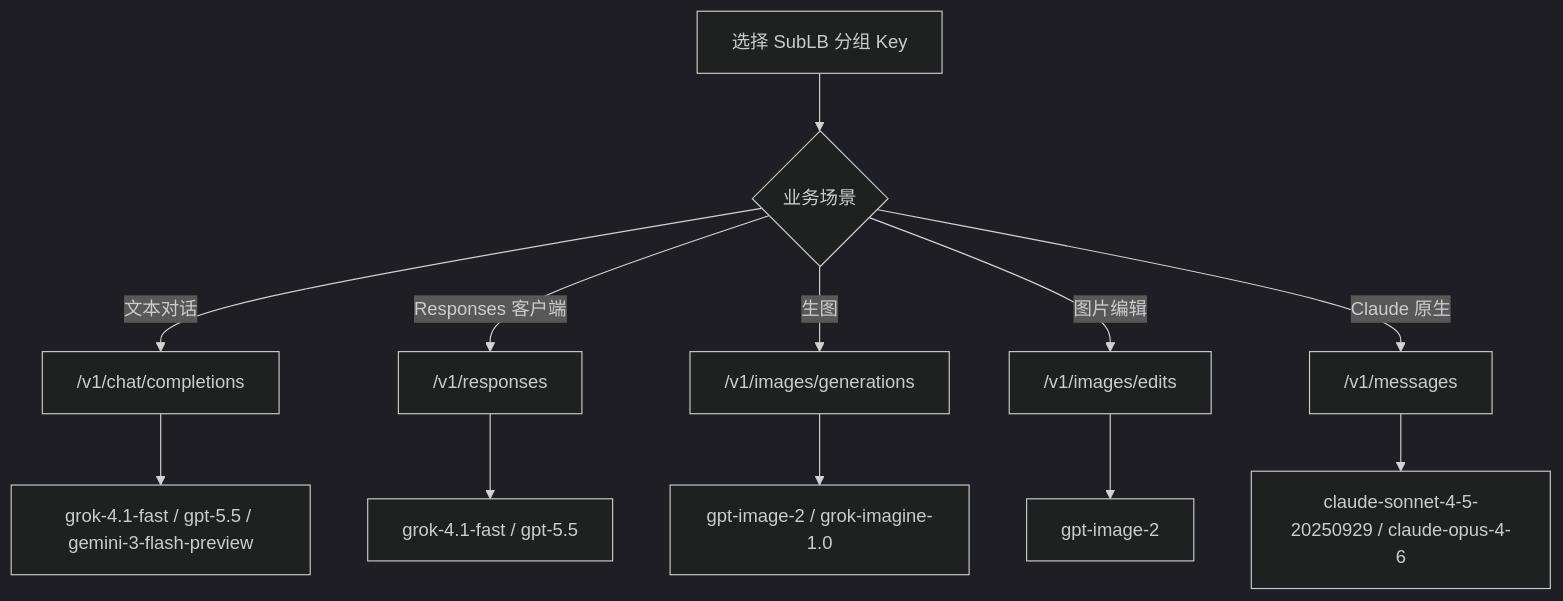
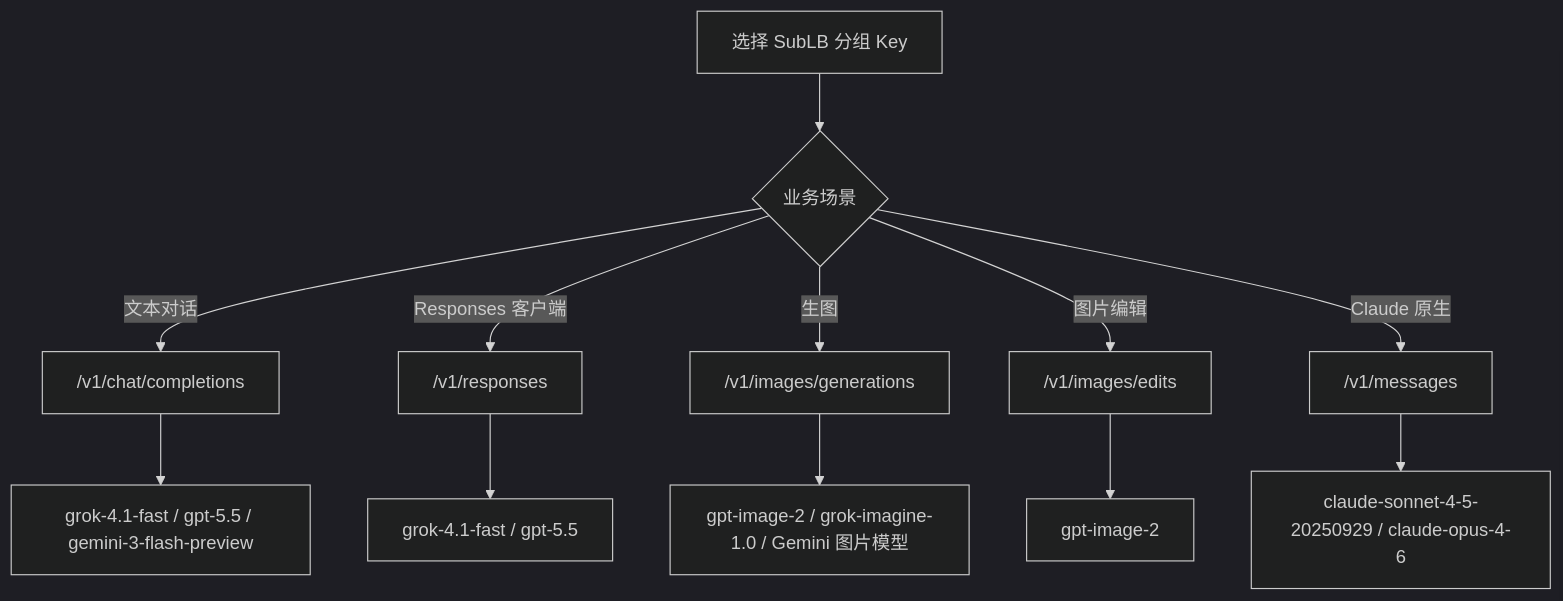
Before and after one commit to mason0510/sublb-demo: the diagram in README.md, drawn with Mermaid (dark theme). The commit also changed other lines of this file and 2 other files, not shown here.

Commit message:
docs: add Gemini image API models

````diff
--- a/README.md
+++ b/README.md
@@ -13,15 +13,15 @@
 ```mermaid
 flowchart TD
   A[选择 SubLB 分组 Key] --> B{业务场景}
   B -->|文本对话| C["/v1/chat/completions"]
   B -->|Responses 客户端| D["/v1/responses"]
   B -->|生图| E["/v1/images/generations"]
   B -->|图片编辑| F["/v1/images/edits"]
   B -->|Claude 原生| G["/v1/messages"]
 
   C --> C1[grok-4.1-fast / gpt-5.5 / gemini-3-flash-preview]
   D --> D1[grok-4.1-fast / gpt-5.5]
-  E --> E1[gpt-image-2 / grok-imagine-1.0]
+  E --> E1[gpt-image-2 / grok-imagine-1.0 / Gemini 图片模型]
   F --> F1[gpt-image-2]
   G --> G1[claude-sonnet-4-5-20250929 / claude-opus-4-6]
 ```
````
